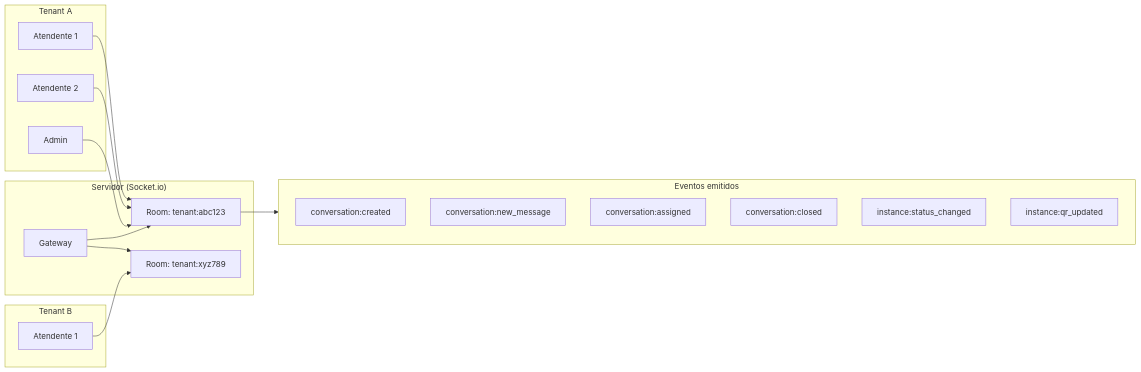
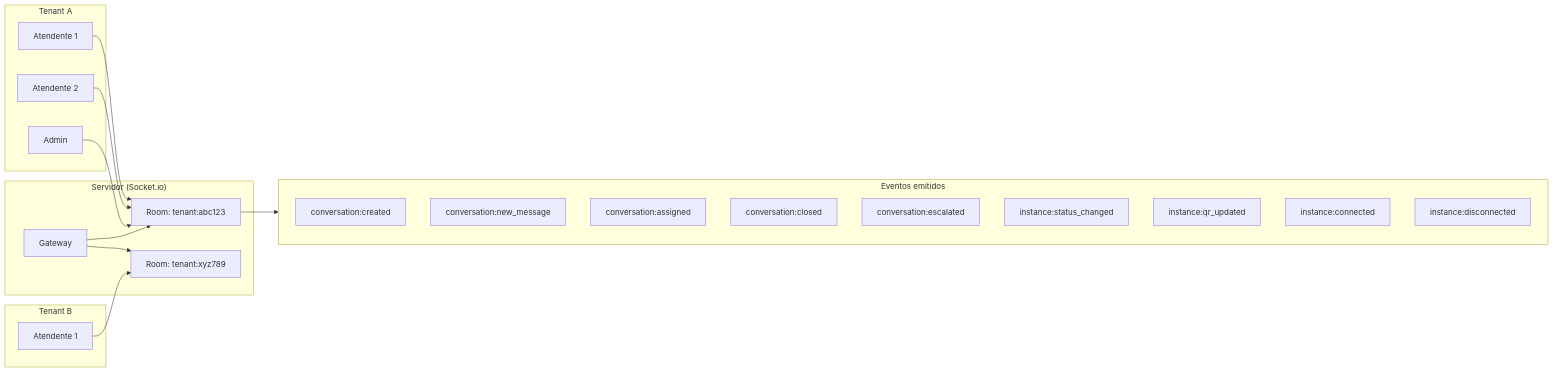
The eighth of 8 diagrams in docs/flows/FLUXOS.md (VictorD19/whatsapp-tools), drawn with Mermaid before and after one commit. The commit also changed other lines of this file, not shown here.

````diff
--- a/docs/flows/FLUXOS.md
+++ b/docs/flows/FLUXOS.md
@@ -250,29 +304,32 @@
 ```mermaid
 flowchart LR
     subgraph SERVER["Servidor (Socket.io)"]
         GW[Gateway]
         GW --> R1[Room: tenant:abc123]
         GW --> R2[Room: tenant:xyz789]
     end
 
     subgraph TENANT_A["Tenant A"]
         A1[Atendente 1] --> R1
         A2[Atendente 2] --> R1
         A3[Admin] --> R1
     end
 
     subgraph TENANT_B["Tenant B"]
         B1[Atendente 1] --> R2
     end
 
     subgraph EVENTS["Eventos emitidos"]
         E1[conversation:created]
         E2[conversation:new_message]
         E3[conversation:assigned]
         E4[conversation:closed]
-        E5[instance:status_changed]
-        E6[instance:qr_updated]
+        E5[conversation:escalated]
+        E6[instance:status_changed]
+        E7[instance:qr_updated]
+        E8[instance:connected]
+        E9[instance:disconnected]
     end
 
     R1 --> EVENTS
 ```
````
